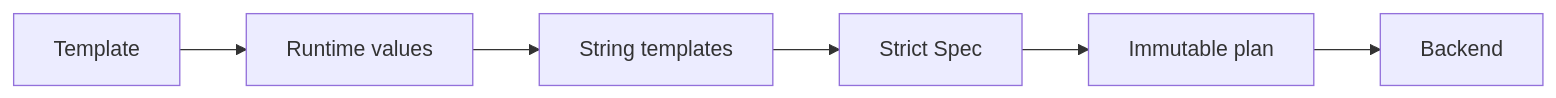
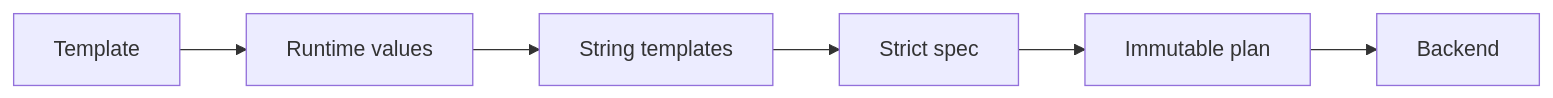
One commit to zz990099/Rigyard changed the second of 2 diagrams in docs/development/architecture.md. Above: the diagram before and after it, drawn with Mermaid. The commit also changed other lines of this file and 26 other files, not shown here.

````diff
--- a/docs/development/architecture.md
+++ b/docs/development/architecture.md
@@ -30,8 +30,8 @@
 ```mermaid
 flowchart LR
     A[Template] --> B[Runtime values]
     B --> C[String templates]
-    C --> D[Strict Spec]
+    C --> D[Strict spec]
     D --> E[Immutable plan]
     E --> F[Backend]
 ```
````
